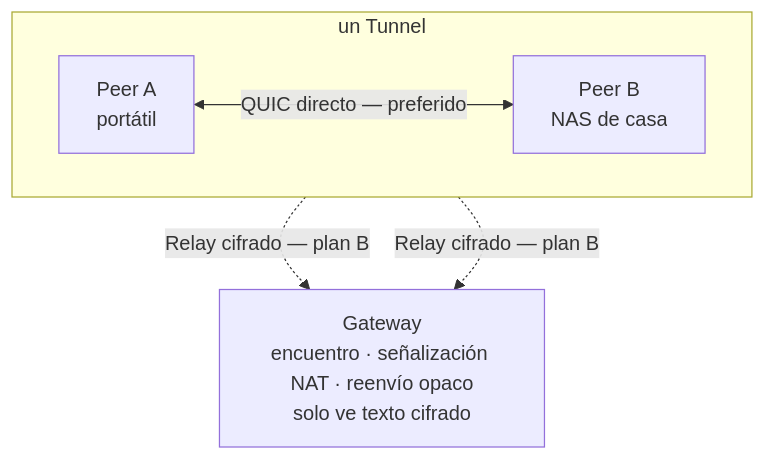
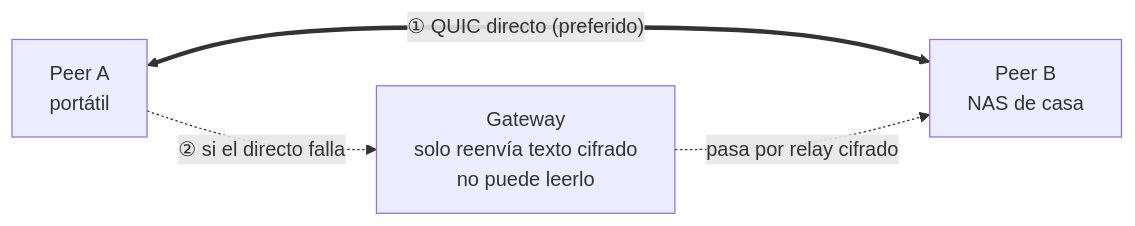
One commit to lantunnel/lantunnel changed the diagram in README.es.md. Above: the diagram before and after it, drawn with Mermaid. The commit also changed 6 other files, not shown here.

First line of the commit message:
docs: redraw the topology diagram so it reads at a glance

````diff
--- a/README.es.md
+++ b/README.es.md
@@ -71,12 +71,9 @@
 ```mermaid
-flowchart TB
-    subgraph tunnel["un Tunnel"]
-        direction LR
-        A["Peer A<br/>portátil"]
-        B["Peer B<br/>NAS de casa"]
-        A <-->|"QUIC directo — preferido"| B
-    end
-    A -.->|"Relay cifrado — plan B"| GW
-    B -.->|"Relay cifrado — plan B"| GW
-    GW["Gateway<br/>encuentro · señalización NAT · reenvío opaco<br/>solo ve texto cifrado"]
+flowchart LR
+    A["Peer A<br/>portátil"]
+    B["Peer B<br/>NAS de casa"]
+    GW["Gateway<br/>solo reenvía texto cifrado<br/>no puede leerlo"]
+    A <== "① QUIC directo (preferido)" ==> B
+    A -. "② si el directo falla" .-> GW
+    GW -. "pasa por relay cifrado" .-> B
 ```
````
